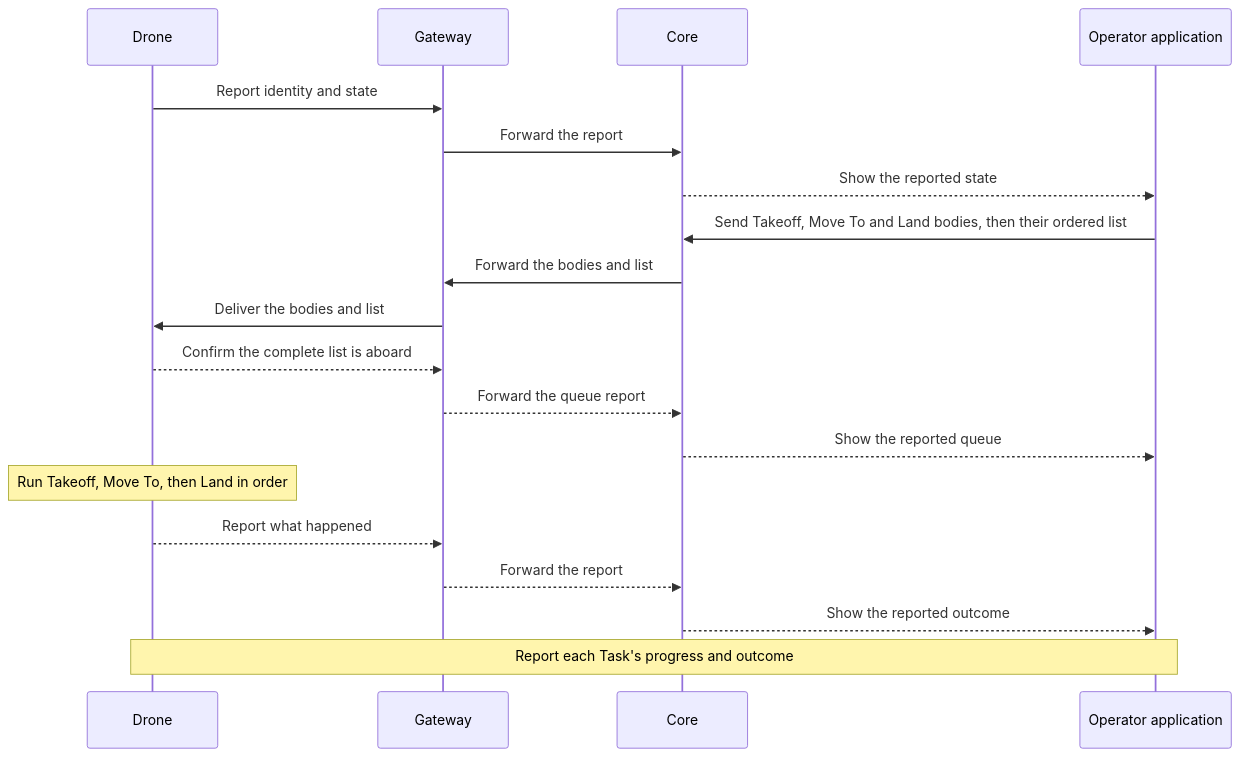
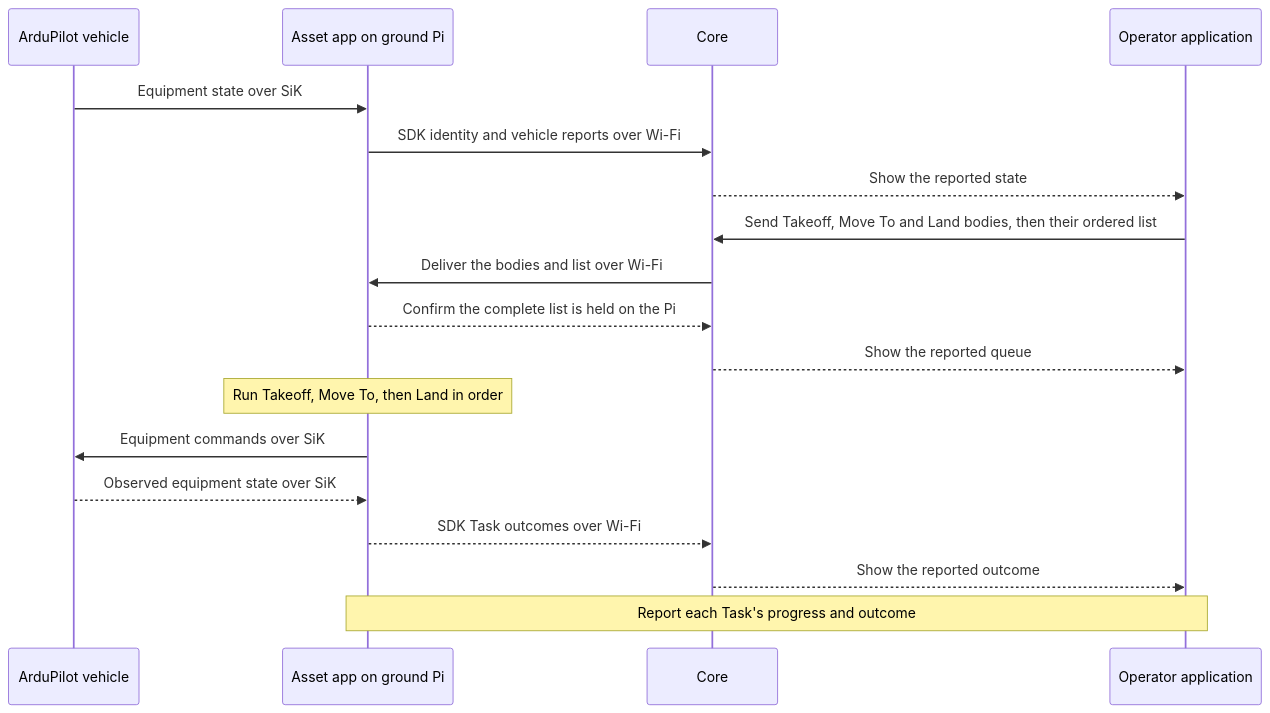
The diagram in atlas/first-flight.md (atlas-field-systems/atlas), drawn with Mermaid before and after one commit. The commit also changed other lines of this file and 19 other files, not shown here.

Commit message:
Document Asset runtime decisions and ground-based first flight

````diff
--- a/atlas/first-flight.md
+++ b/atlas/first-flight.md
@@ -30,21 +36,20 @@
 ```mermaid
 sequenceDiagram
-    participant Drone
-    participant Gateway
+    participant Drone as ArduPilot vehicle
+    participant Pi as Asset app on ground Pi
     participant Core
     participant App as Operator application
-    Drone->>Gateway: Report identity and state
-    Gateway->>Core: Forward the report
+    Drone->>Pi: Equipment state over SiK
+    Pi->>Core: SDK identity and vehicle reports over Wi-Fi
     Core-->>App: Show the reported state
     App->>Core: Send Takeoff, Move To and Land bodies, then their ordered list
-    Core->>Gateway: Forward the bodies and list
-    Gateway->>Drone: Deliver the bodies and list
-    Drone-->>Gateway: Confirm the complete list is aboard
-    Gateway-->>Core: Forward the queue report
+    Core->>Pi: Deliver the bodies and list over Wi-Fi
+    Pi-->>Core: Confirm the complete list is held on the Pi
     Core-->>App: Show the reported queue
-    Note over Drone: Run Takeoff, Move To, then Land in order
-    Drone-->>Gateway: Report what happened
-    Gateway-->>Core: Forward the report
+    Note over Pi: Run Takeoff, Move To, then Land in order
+    Pi->>Drone: Equipment commands over SiK
+    Drone-->>Pi: Observed equipment state over SiK
+    Pi-->>Core: SDK Task outcomes over Wi-Fi
     Core-->>App: Show the reported outcome
-    Note over Drone,App: Report each Task's progress and outcome
+    Note over Pi,App: Report each Task's progress and outcome
 ```
````
